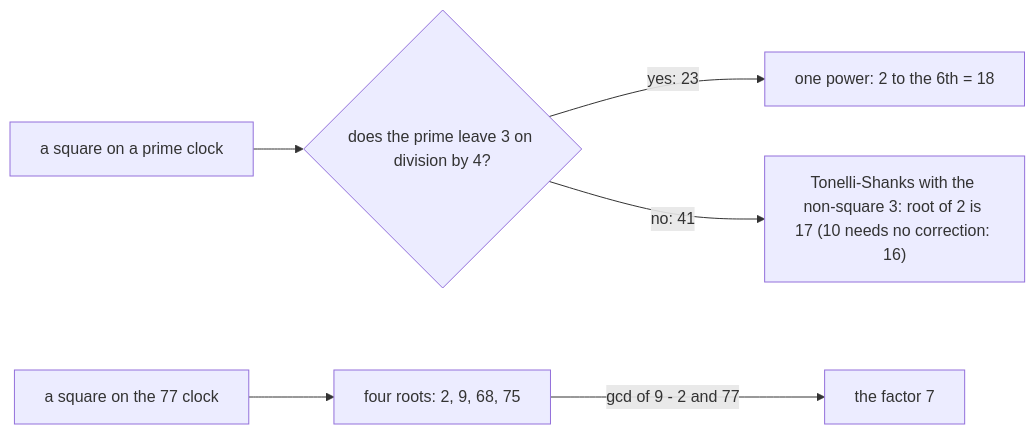
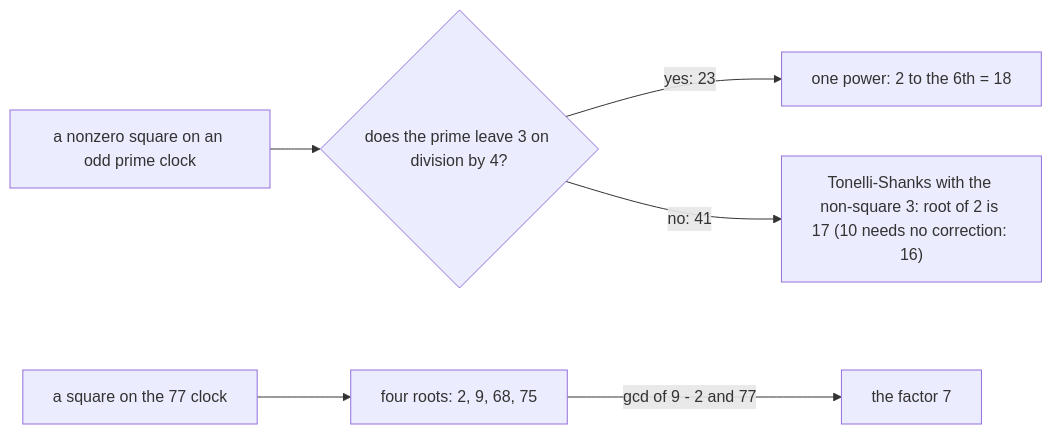
One commit to wappy-x/Mathematics changed the diagram in Cards/02-Number theory/06-Codes and Secrets/06-square-roots-mod-p.md. Above: the diagram before and after it, drawn with Mermaid. The commit also changed other lines of this file and 6 other files, not shown here.

Commit message:
Codes and Secrets: the Fermat and Miller-Rabin tests name which bases count, powers visit the non-zero slots, square roots stated for odd primes and nonzero squares, RSA's Euler step for messages sharing no factor with the modulus

````diff
--- a/Cards/02-Number theory/06-Codes and Secrets/06-square-roots-mod-p.md
+++ b/Cards/02-Number theory/06-Codes and Secrets/06-square-roots-mod-p.md
@@ -21,8 +21,8 @@
 ```mermaid
 flowchart LR
-  A["a square on a prime clock"] --> B{"does the prime leave 3 on division by 4?"}
+  A["a nonzero square on an odd prime clock"] --> B{"does the prime leave 3 on division by 4?"}
   B -->|"yes: 23"| C["one power: 2 to the 6th = 18"]
   B -->|"no: 41"| D["Tonelli-Shanks with the non-square 3: root of 2 is 17 (10 needs no correction: 16)"]
   E["a square on the 77 clock"] --> F["four roots: 2, 9, 68, 75"]
   F -->|"gcd of 9 - 2 and 77"| G["the factor 7"]
 ```
````
